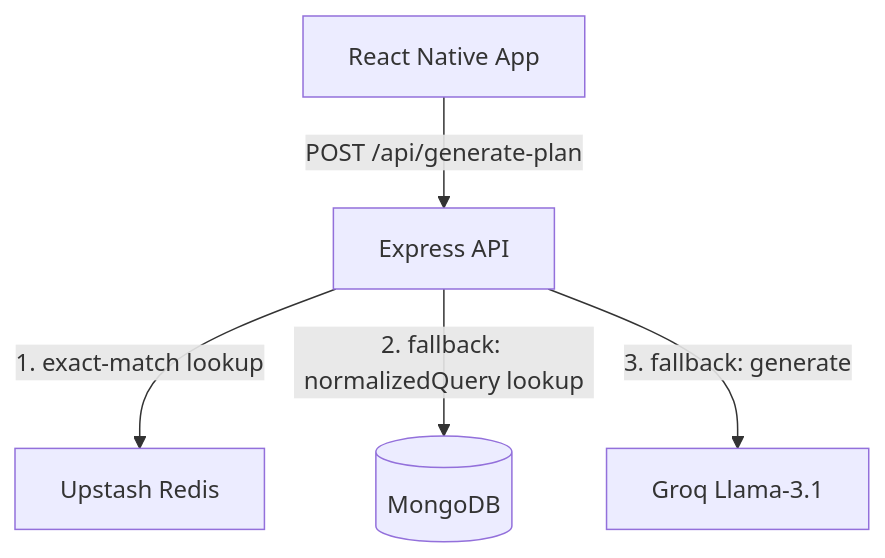
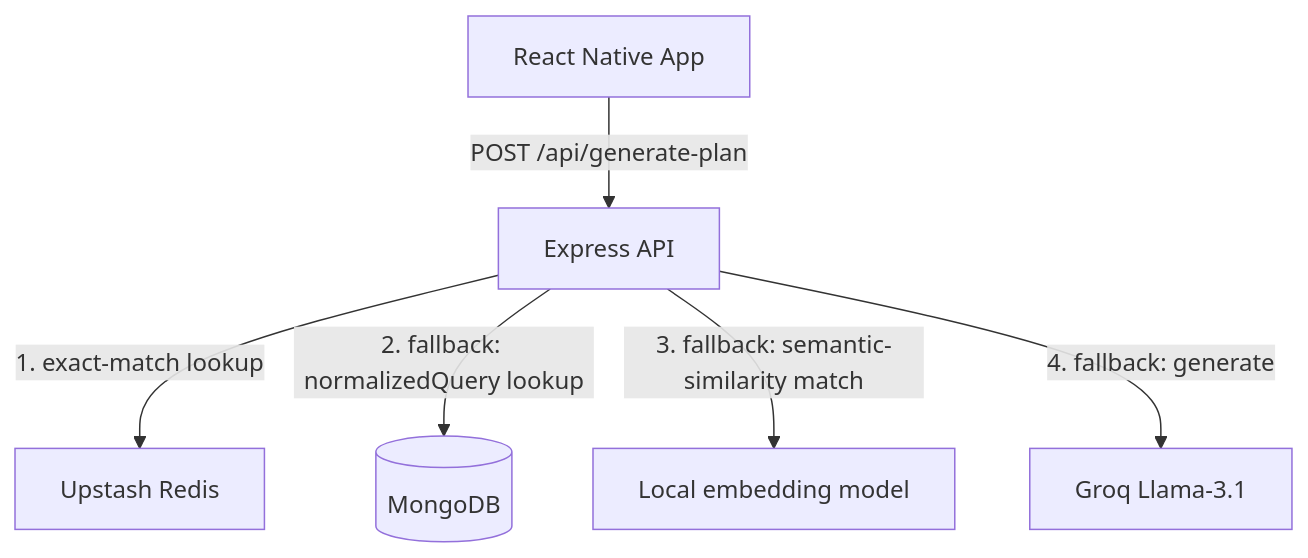
One commit to progressmantraclasses/Hobby-Hub changed the diagram in README.md. Above: the diagram before and after it, drawn with Mermaid. The commit also changed other lines of this file and 14 other files, not shown here.

````diff
--- a/README.md
+++ b/README.md
@@ -168,7 +171,8 @@
 ```mermaid
 graph TD
     Client[React Native App] -->|POST /api/generate-plan| Backend[Express API]
     Backend -->|1. exact-match lookup| Redis[Upstash Redis]
     Backend -->|2. fallback: normalizedQuery lookup| MongoDB[(MongoDB)]
-    Backend -->|3. fallback: generate| LLM[Groq Llama-3.1]
+    Backend -->|3. fallback: semantic-similarity match| SemanticCache[Local embedding model]
+    Backend -->|4. fallback: generate| LLM[Groq Llama-3.1]
 ```
````
